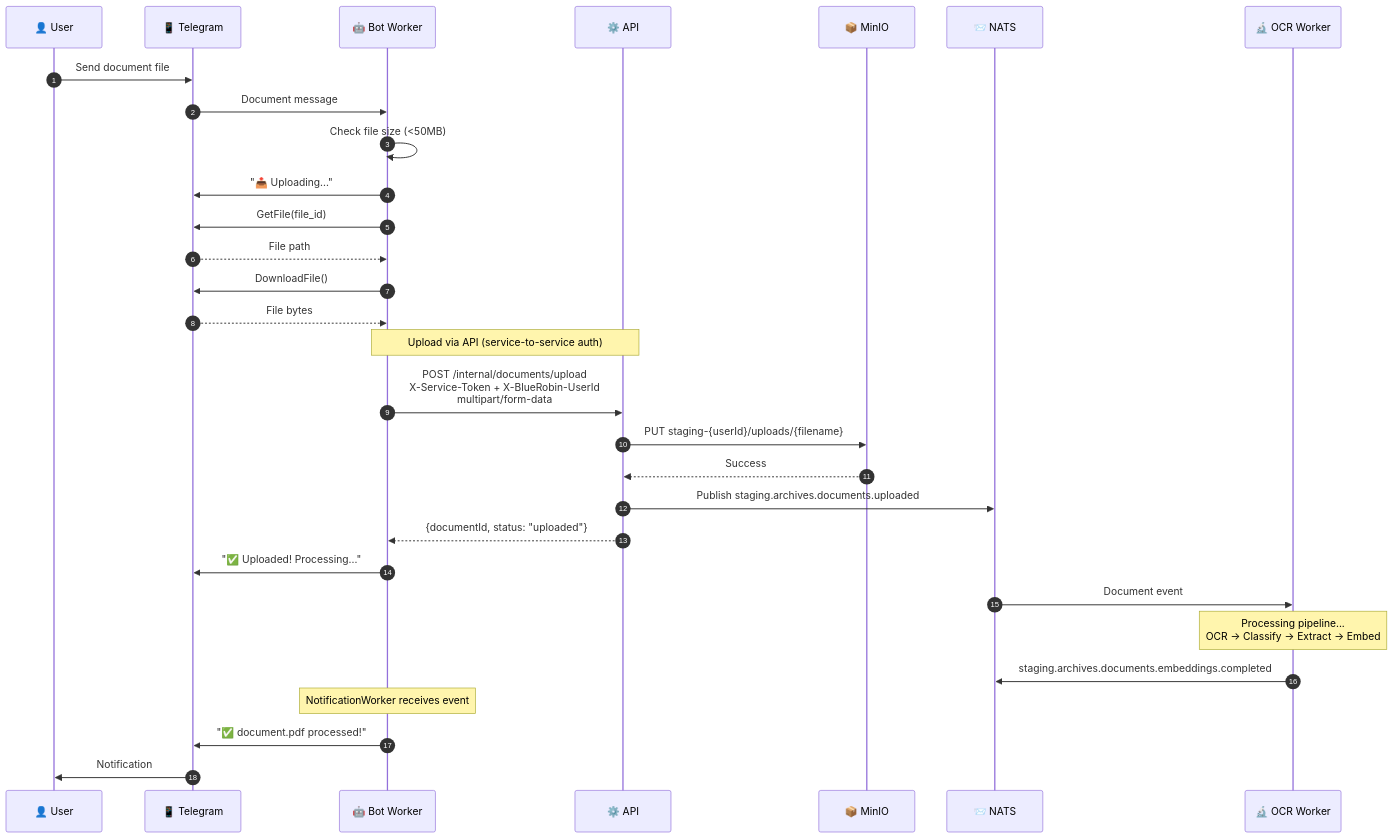
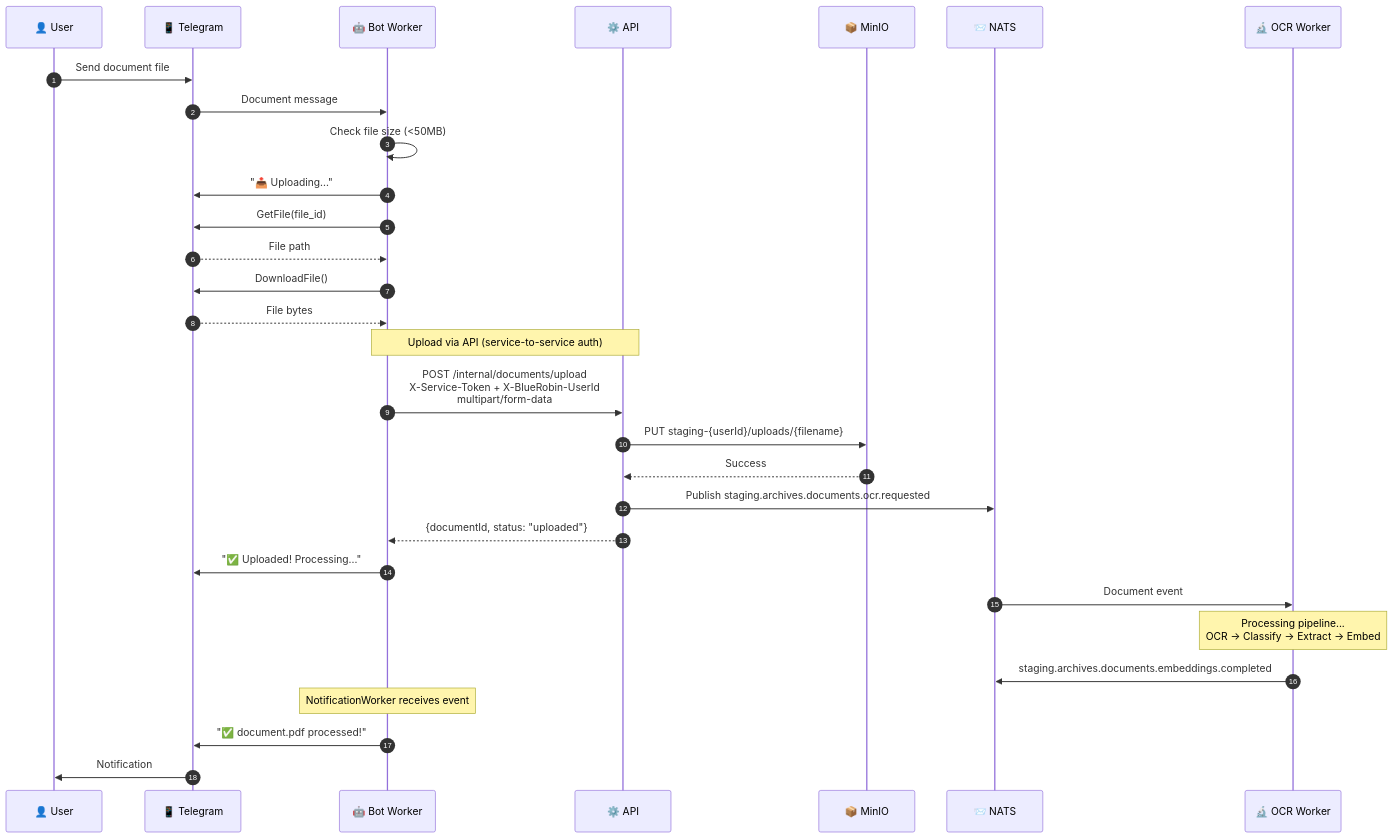
Before and after one commit to viktorrobin/bluerobin-blog: the seventh of 8 diagrams in src/content/blog/telegram-integration-architecture-diagrams.mdx, drawn with Mermaid. The commit also changed 8 other files, not shown here.

Commit message:
docs: rename uploaded event references to ocr requested

````diff
--- a/src/content/blog/telegram-integration-architecture-diagrams.mdx
+++ b/src/content/blog/telegram-integration-architecture-diagrams.mdx
@@ -352,42 +352,42 @@
 ```mermaid
 sequenceDiagram
     autonumber
     participant U as 👤 User
     participant TG as 📱 Telegram
     participant Bot as 🤖 Bot Worker
     participant API as ⚙️ API
     participant MinIO as 📦 MinIO
     participant NATS as 📨 NATS
     participant OCR as 🔬 OCR Worker
     
     U->>TG: Send document file
     TG->>Bot: Document message
     
     Bot->>Bot: Check file size (<50MB)
     Bot->>TG: "📤 Uploading..."
     
     Bot->>TG: GetFile(file_id)
     TG-->>Bot: File path
     Bot->>TG: DownloadFile()
     TG-->>Bot: File bytes
     
     Note over Bot,API: Upload via API (service-to-service auth)
     Bot->>API: POST /internal/documents/upload<br/>X-Service-Token + X-BlueRobin-UserId<br/>multipart/form-data
     API->>MinIO: PUT staging-{userId}/uploads/{filename}
     MinIO-->>API: Success
-    API->>NATS: Publish staging.archives.documents.uploaded
+    API->>NATS: Publish staging.archives.documents.ocr.requested
     API-->>Bot: {documentId, status: "uploaded"}
     
     Bot->>TG: "✅ Uploaded! Processing..."
     
     NATS->>OCR: Document event
     
     Note over OCR: Processing pipeline...<br/>OCR → Classify → Extract → Embed
     
     OCR->>NATS: staging.archives.documents.embeddings.completed
     
     Note over Bot: NotificationWorker receives event
     
     Bot->>TG: "✅ document.pdf processed!"
     TG->>U: Notification
 ```
````
